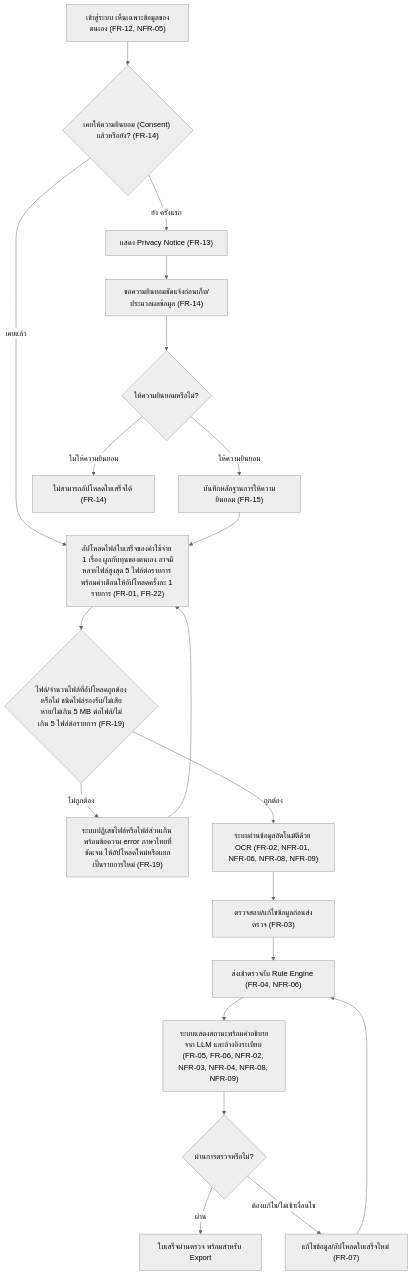
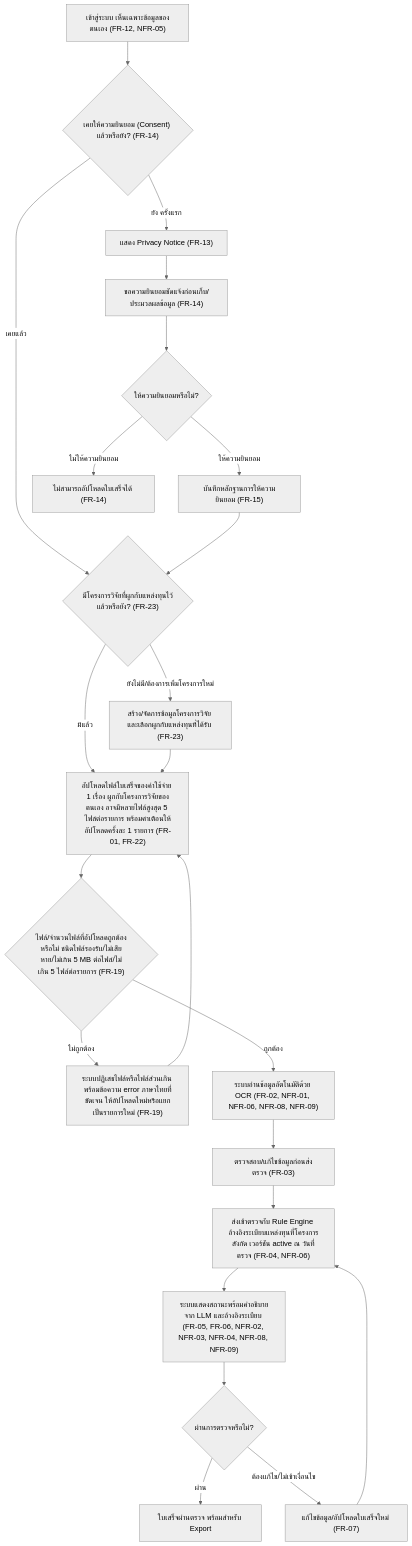
Before and after one commit to ptrsswnr/Grant-Receipt-Assistant: the first of 7 diagrams in docs/02-design/user-journey.md, drawn with Mermaid (neutral theme). The commit also changed other lines of this file and 18 other files, not shown here.

````diff
--- a/docs/02-design/user-journey.md
+++ b/docs/02-design/user-journey.md
@@ -14,33 +21,37 @@
 ```mermaid
 flowchart TD
     A["เข้าสู่ระบบ เห็นเฉพาะข้อมูลของตนเอง (FR-12, NFR-05)"]
     B{"เคยให้ความยินยอม (Consent) แล้วหรือยัง? (FR-14)"}
     C["แสดง Privacy Notice (FR-13)"]
     D["ขอความยินยอมชัดแจ้งก่อนเก็บ/ประมวลผลข้อมูล (FR-14)"]
     E{"ให้ความยินยอมหรือไม่?"}
     F["บันทึกหลักฐานการให้ความยินยอม (FR-15)"]
     G["ไม่สามารถอัปโหลดใบเสร็จได้ (FR-14)"]
-    H["อัปโหลดไฟล์ใบเสร็จของค่าใช้จ่าย 1 เรื่อง ผูกกับทุนของตนเอง อาจมีหลายไฟล์สูงสุด 5 ไฟล์ต่อรายการ พร้อมคำเตือนให้อัปโหลดครั้งละ 1 รายการ (FR-01, FR-22)"]
+    P{"มีโครงการวิจัยที่ผูกกับแหล่งทุนไว้แล้วหรือยัง? (FR-23)"}
+    Q["สร้าง/จัดการข้อมูลโครงการวิจัย และเลือกผูกกับแหล่งทุนที่ได้รับ (FR-23)"]
+    H["อัปโหลดไฟล์ใบเสร็จของค่าใช้จ่าย 1 เรื่อง ผูกกับโครงการวิจัยของตนเอง อาจมีหลายไฟล์สูงสุด 5 ไฟล์ต่อรายการ พร้อมคำเตือนให้อัปโหลดครั้งละ 1 รายการ (FR-01, FR-22)"]
     H2{"ไฟล์/จำนวนไฟล์ที่อัปโหลดถูกต้องหรือไม่ ชนิดไฟล์รองรับ/ไม่เสียหาย/ไม่เกิน 5 MB ต่อไฟล์/ไม่เกิน 5 ไฟล์ต่อรายการ (FR-19)"}
     H3["ระบบปฏิเสธไฟล์หรือไฟล์ส่วนเกิน พร้อมข้อความ error ภาษาไทยที่ชัดเจน ให้อัปโหลดใหม่หรือแยกเป็นรายการใหม่ (FR-19)"]
     I["ระบบอ่านข้อมูลอัตโนมัติด้วย OCR (FR-02, NFR-01, NFR-06, NFR-08, NFR-09)"]
     J["ตรวจสอบ/แก้ไขข้อมูลก่อนส่งตรวจ (FR-03)"]
-    K["ส่งเข้าตรวจกับ Rule Engine (FR-04, NFR-06)"]
+    K["ส่งเข้าตรวจกับ Rule Engine อ้างอิงระเบียบแหล่งทุนที่โครงการสังกัด เวอร์ชัน active ณ วันที่ตรวจ (FR-04, NFR-06)"]
     L["ระบบแสดงสถานะพร้อมคำอธิบายจาก LLM และอ้างอิงระเบียบ (FR-05, FR-06, NFR-02, NFR-03, NFR-04, NFR-08, NFR-09)"]
     M{"ผ่านการตรวจหรือไม่?"}
     N["แก้ไขข้อมูล/อัปโหลดใบเสร็จใหม่ (FR-07)"]
     O["ใบเสร็จผ่านตรวจ พร้อมสำหรับ Export"]
 
     A --> B
-    B -->|เคยแล้ว| H
+    B -->|เคยแล้ว| P
     B -->|ยัง ครั้งแรก| C --> D --> E
-    E -->|ให้ความยินยอม| F --> H
+    E -->|ให้ความยินยอม| F --> P
     E -->|ไม่ให้ความยินยอม| G
+    P -->|มีแล้ว| H
+    P -->|ยังไม่มี/ต้องการเพิ่มโครงการใหม่| Q --> H
     H --> H2
     H2 -->|ไม่ถูกต้อง| H3 --> H
     H2 -->|ถูกต้อง| I
     I --> J --> K --> L --> M
     M -->|ผ่าน| O
     M -->|ต้องแก้ไข/ไม่เข้าเงื่อนไข| N
     N --> K
 ```
````
